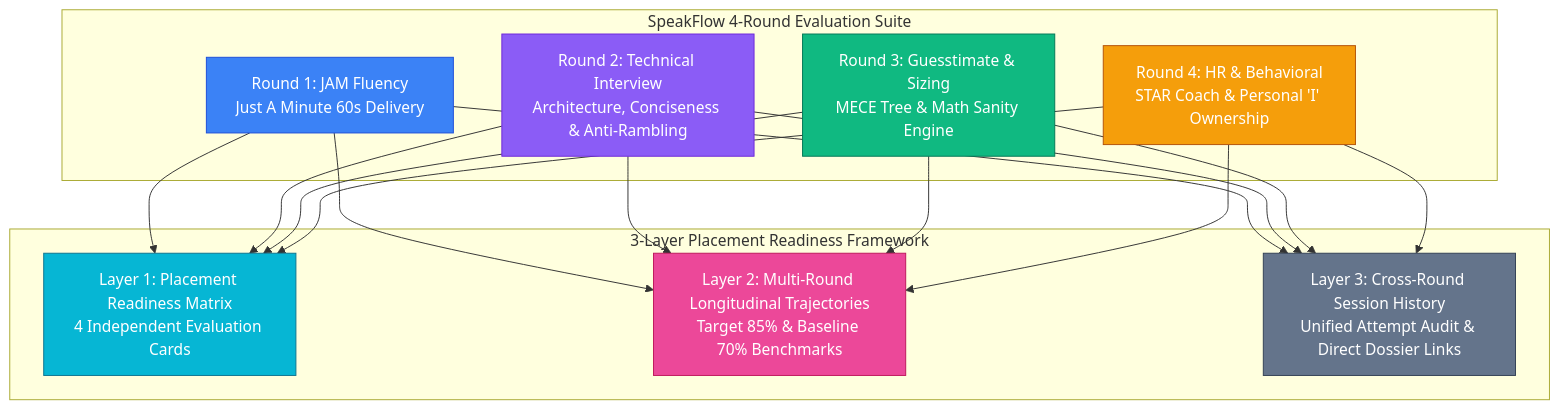
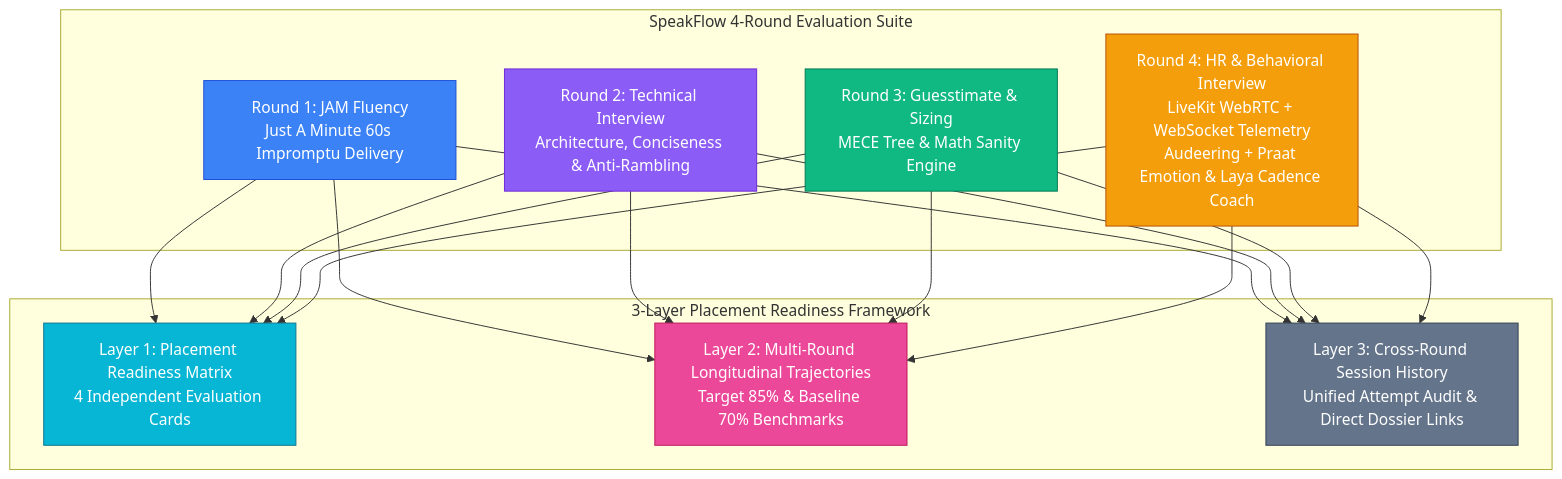
One commit to Sohailsadeed/campusrecruitment-communication-agent changed the first of 12 diagrams in Approach.md. Above: the diagram before and after it, drawn with Mermaid. The commit also changed other lines of this file, not shown here.

Commit message:
docs(approach): update architecture flowcharts with Laya, LiveKit, and real-time emotion telemetry

````diff
--- a/Approach.md
+++ b/Approach.md
@@ -9,38 +9,38 @@
 ```mermaid
 graph TD
     subgraph Rounds ["SpeakFlow 4-Round Evaluation Suite"]
-        R1["Round 1: JAM Fluency<br/>Just A Minute 60s Delivery"]
+        R1["Round 1: JAM Fluency<br/>Just A Minute 60s Impromptu Delivery"]
         R2["Round 2: Technical Interview<br/>Architecture, Conciseness & Anti-Rambling"]
         R3["Round 3: Guesstimate & Sizing<br/>MECE Tree & Math Sanity Engine"]
-        R4["Round 4: HR & Behavioral<br/>STAR Coach & Personal 'I' Ownership"]
+        R4["Round 4: HR & Behavioral Interview<br/>LiveKit WebRTC + WebSocket Telemetry<br/>Audeering + Praat Emotion & Laya Cadence Coach"]
     end
 
     subgraph Framework ["3-Layer Placement Readiness Framework"]
         L1["Layer 1: Placement Readiness Matrix<br/>4 Independent Evaluation Cards"]
         L2["Layer 2: Multi-Round Longitudinal Trajectories<br/>Target 85% & Baseline 70% Benchmarks"]
         L3["Layer 3: Cross-Round Session History<br/>Unified Attempt Audit & Direct Dossier Links"]
     end
 
     R1 --> L1
     R2 --> L1
     R3 --> L1
     R4 --> L1
 
     R1 --> L2
     R2 --> L2
     R3 --> L2
     R4 --> L2
 
     R1 --> L3
     R2 --> L3
     R3 --> L3
     R4 --> L3
 
     style R1 fill:#3b82f6,stroke:#1d4ed8,color:#fff
     style R2 fill:#8b5cf6,stroke:#6d28d9,color:#fff
     style R3 fill:#10b981,stroke:#047857,color:#fff
     style R4 fill:#f59e0b,stroke:#b45309,color:#fff
     style L1 fill:#06b6d4,stroke:#0e7490,color:#fff
     style L2 fill:#ec4899,stroke:#be185d,color:#fff
     style L3 fill:#64748b,stroke:#334155,color:#fff
 ```
````
